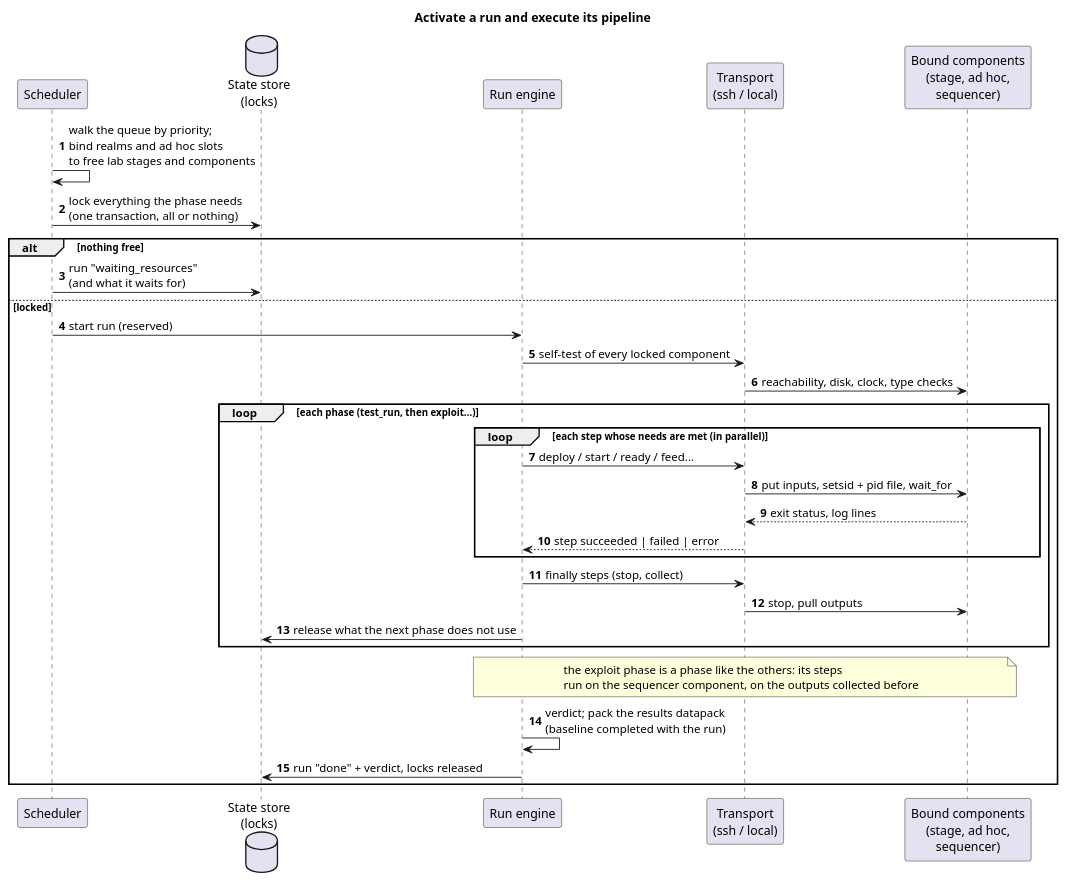
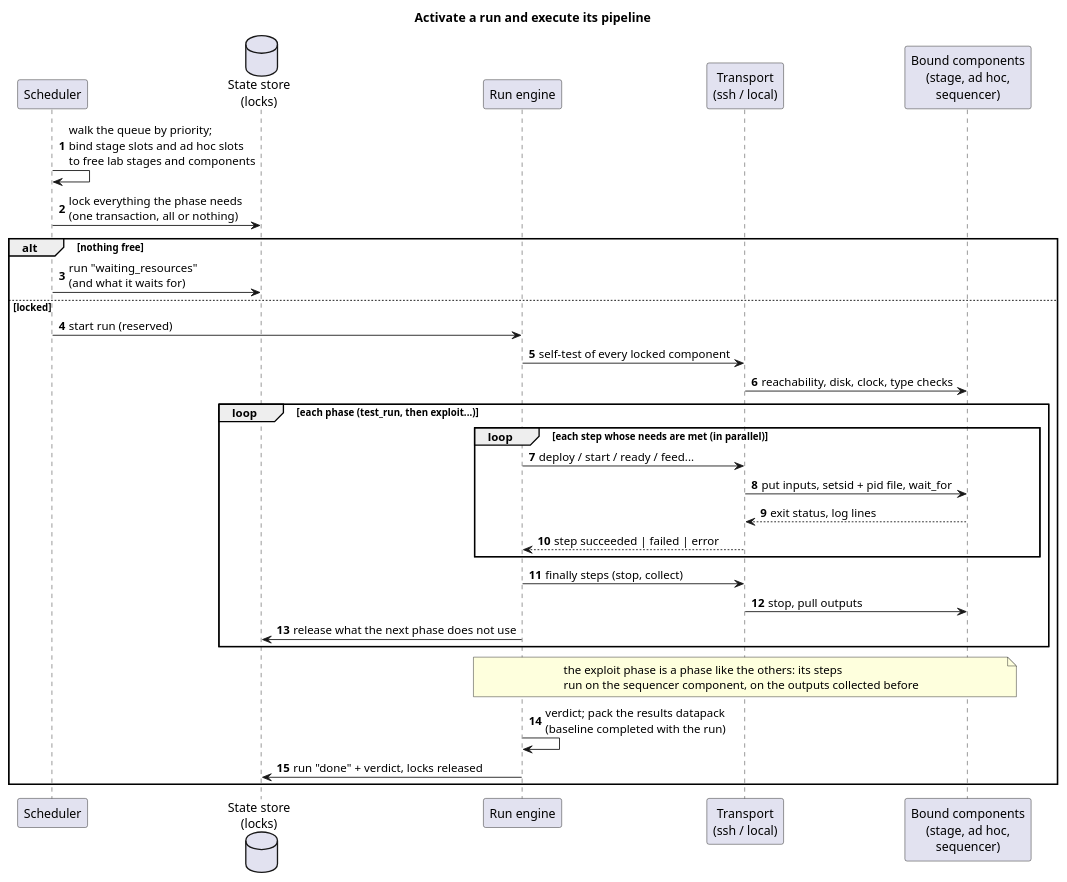
The diagram in docs/diagrams/seq_run.puml (laurentmldev/testsuit), drawn with PlantUML before and after one commit. The commit also changed 39 other files, not shown here.

First line of the commit message:
Rename datapack realms to stage slots

```diff
--- a/docs/diagrams/seq_run.puml
+++ b/docs/diagrams/seq_run.puml
@@ -1,36 +1,36 @@
 @startuml seq_run
 title Activate a run and execute its pipeline
 skinparam shadowing false
 skinparam defaultFontName Helvetica
 autonumber
 
 participant "Scheduler" as sched
 database "State store\n(locks)" as store
 participant "Run engine" as engine
 participant "Transport\n(ssh / local)" as tr
 participant "Bound components\n(stage, ad hoc,\nsequencer)" as comp
 
-sched -> sched : walk the queue by priority;\nbind realms and ad hoc slots\nto free lab stages and components
+sched -> sched : walk the queue by priority;\nbind stage slots and ad hoc slots\nto free lab stages and components
 sched -> store : lock everything the phase needs\n(one transaction, all or nothing)
 alt nothing free
   sched -> store : run "waiting_resources"\n(and what it waits for)
 else locked
   sched -> engine : start run (reserved)
   engine -> tr : self-test of every locked component
   tr -> comp : reachability, disk, clock, type checks
   loop each phase (test_run, then exploit...)
     loop each step whose needs are met (in parallel)
       engine -> tr : deploy / start / ready / feed...
       tr -> comp : put inputs, setsid + pid file, wait_for
       comp --> tr : exit status, log lines
       tr --> engine : step succeeded | failed | error
     end
     engine -> tr : finally steps (stop, collect)
     tr -> comp : stop, pull outputs
     engine -> store : release what the next phase does not use
   end
   note over engine, comp : the exploit phase is a phase like the others: its steps\nrun on the sequencer component, on the outputs collected before
   engine -> engine : verdict; pack the results datapack\n(baseline completed with the run)
   engine -> store : run "done" + verdict, locks released
 end
 @enduml
```
